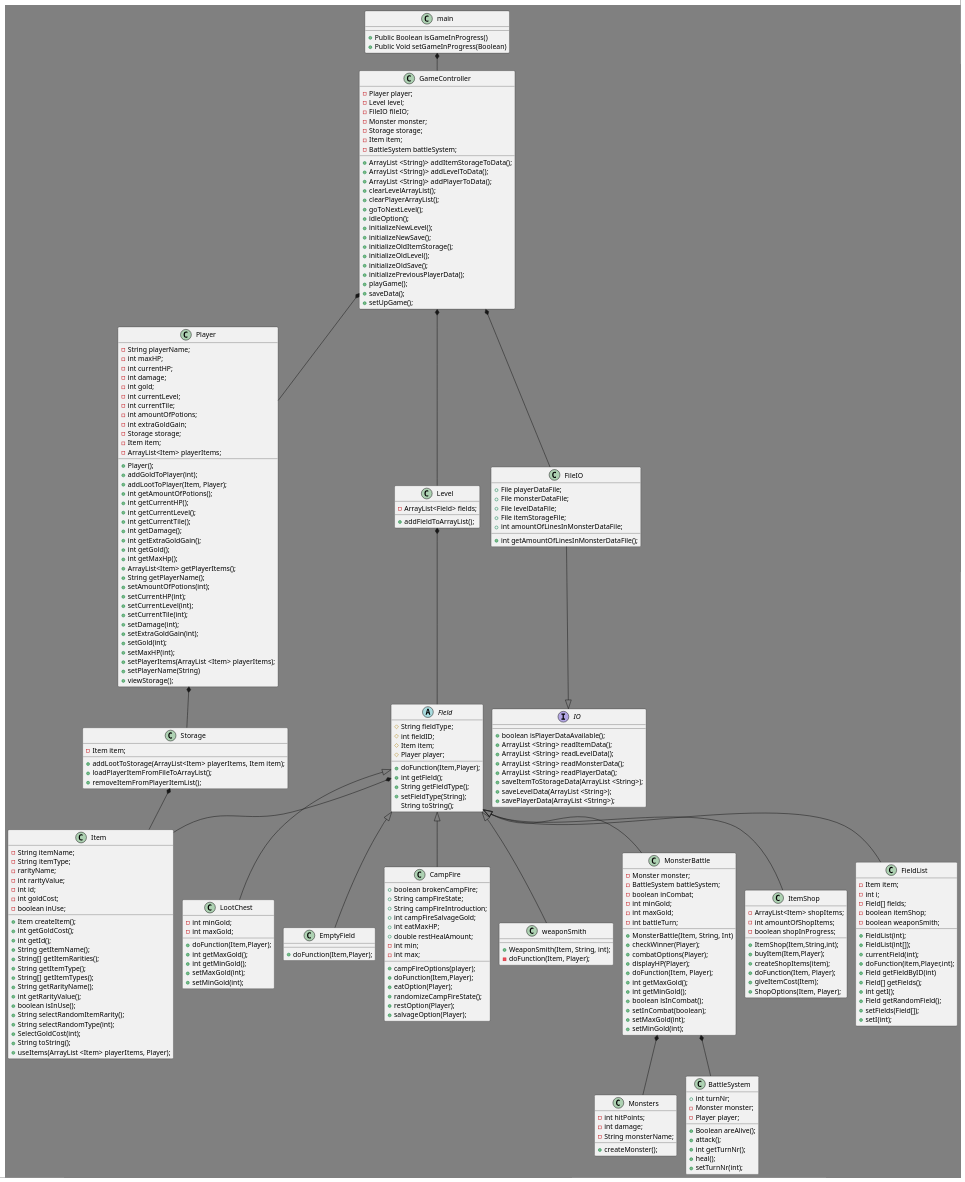
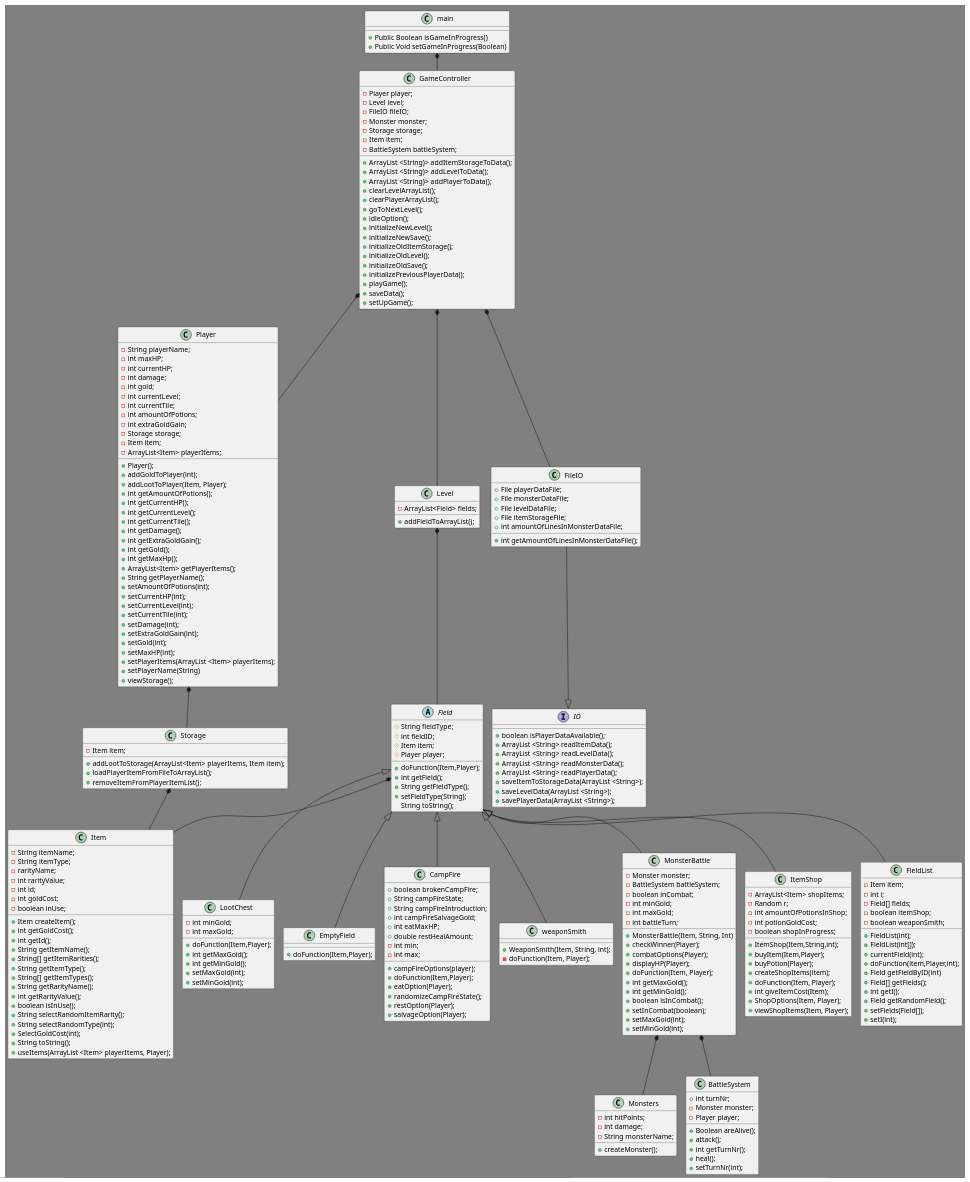
Before and after one commit to AbdullahMarwan/CPH-IceProject-DungeonCrawler: the diagram in src/main/resources/diagrams/Class Diagram 2.puml, drawn with PlantUML. The commit also changed 1 other file, not shown here.

Commit message:
Fixed ItemShop class diagram and cleaned up item shop

```diff
--- a/src/main/resources/diagrams/Class Diagram 2.puml
+++ b/src/main/resources/diagrams/Class Diagram 2.puml
@@ -211,15 +211,19 @@
 
 class ItemShop {
     - ArrayList<Item> shopItems;
-    - int amountOfShopItems;
+    - Random r;
+    - int amountOfPotionsInShop;
+    - int potionGoldCost;
     - boolean shopInProgress;
 
     + ItemShop(Item,String,int);
     + buyItem(Item,Player);
+    + buyPotion(Player);
     + createShopItems(item);
     + doFunction(Item, Player);
-    + giveItemCost(Item);
+    + int giveItemCost(Item);
     + ShopOptions(Item, Player);
+    + viewShopItems(Item, Player);
 }
 
 class FieldList{
```
